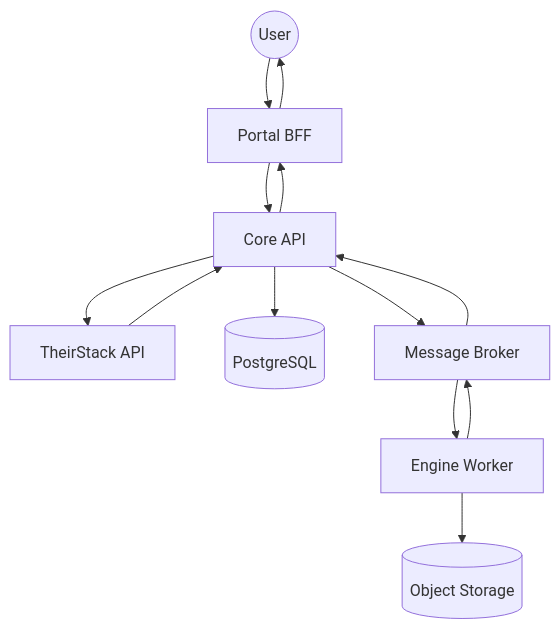
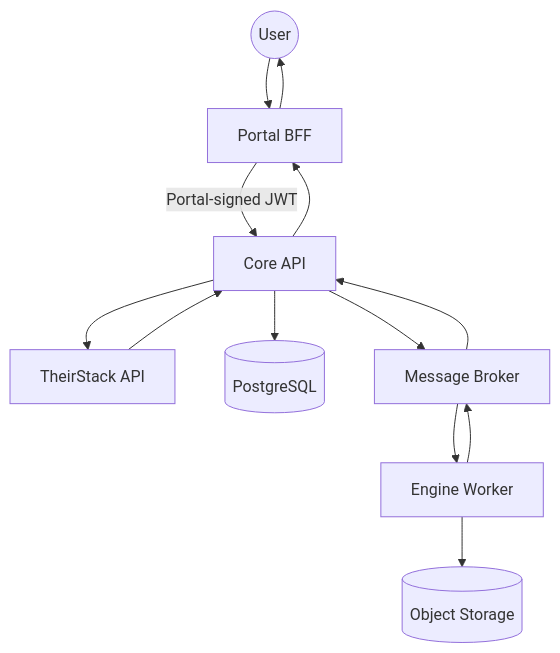
The diagram in docs/diagrams/data-flow-dfd.md (IXvlad-EU/Skillexa), drawn with Mermaid before and after one commit. The commit also changed 62 other files, not shown here.

````diff
--- a/docs/diagrams/data-flow-dfd.md
+++ b/docs/diagrams/data-flow-dfd.md
@@ -1,43 +1,43 @@
 ```mermaid
 flowchart TD
 
     User((User))
 
     Portal[Portal BFF]
 
     Core[Core API]
 
     Search[TheirStack API]
 
     Db[(PostgreSQL)]
 
     Broker[Message Broker]
 
     Engine[Engine Worker]
 
     Blob[(Object Storage)]
 
     User --> Portal
 
-    Portal --> Core
+    Portal -->|Portal-signed JWT| Core
 
     Core --> Search
 
     Search --> Core
 
     Core --> Db
 
     Core --> Broker
 
     Broker --> Engine
 
     Engine --> Blob
 
     Engine --> Broker
 
     Broker --> Core
 
     Core --> Portal
 
     Portal --> User
 ```
````
